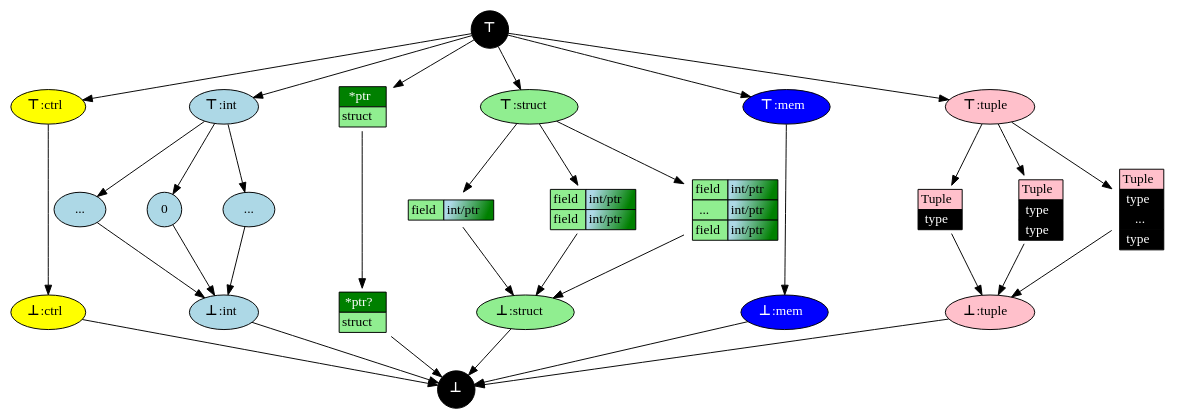
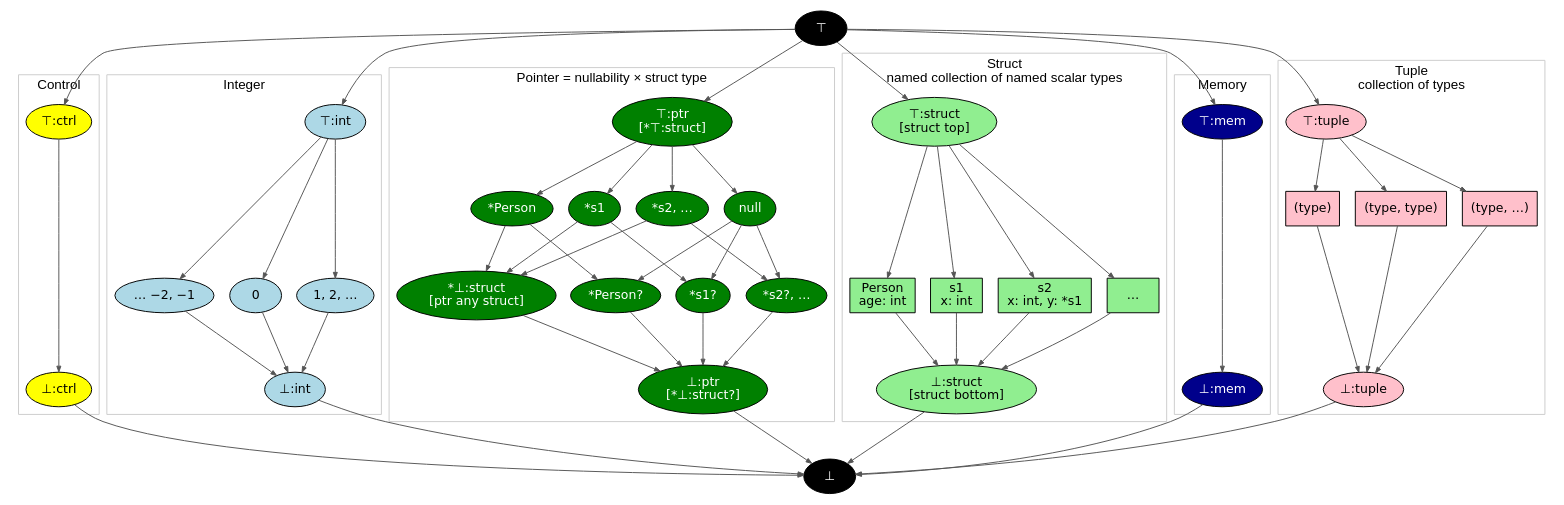
The diagram in chapter10a/docs/lattice.gv (SeaOfNodes/Simple), drawn with Graphviz before and after one commit. The commit also changed 28 other files, not shown here.

```diff
--- a/chapter10a/docs/lattice.gv
+++ b/chapter10a/docs/lattice.gv
@@ -1,151 +1,108 @@
 digraph Lattice {
-    compound = true;
-    // Define nodes
-    splines=false;
-    node [shape=circle, style=filled];
-    nodesep=0.6;
+    rankdir=TB;
+    newrank=true;
+    // Preserve the same-rank ordering edges through cluster layout.
+    remincross=false;
+    nodesep=0.22;
+    ranksep=0.65;
+    node [shape=ellipse, style=filled, fontname="DejaVu Sans", fontsize=13];
+    edge [color="#555555", arrowsize=0.6];
 
-    TOP [label=<<B>⊤</B >>, fillcolor=black, fontcolor=white];
-    BOT [label=<<B>⊥</B>>, fillcolor=black, fontcolor=white];
+    // These arrows are lattice-order edges, not use/definition edges.
+    TOP [label="⊤", fillcolor=black, fontcolor=white];
+    BOT [label="⊥", fillcolor=black, fontcolor=white];
 
-    // ----------------------
-    // Control
-    XCTRL [label=<<B>⊤</B >:ctrl>, fillcolor=yellow, shape=oval];
-    CTRL  [label=<<B>⊥</B>:ctrl>, fillcolor=yellow, shape=oval];
+    subgraph cluster_control {
+        label="Control"; fontname="Arial"; color="#cccccc";
+        node [fillcolor="#ffff00"];
+        XCTRL [label="⊤:ctrl"];
+        CTRL [label="⊥:ctrl"];
+        XCTRL -> CTRL;
+    }
 
-    TOP   -> XCTRL;
-    XCTRL -> CTRL;
-    CTRL  -> BOT;
+    subgraph cluster_integer {
+        label="Integer"; fontname="Arial"; color="#cccccc";
+        node [fillcolor="#add8e6"];
+        INT_TOP [label="⊤:int"];
+        INT_BOT [label="⊥:int"];
+        INT_NEG [label="… −2, −1"];
+        INT_ZERO [label="0"];
+        INT_POS [label="1, 2, …"];
+        {rank=same; INT_NEG; INT_ZERO; INT_POS;}
+        INT_NEG -> INT_ZERO -> INT_POS [style=invis];
+        INT_TOP -> {INT_NEG INT_ZERO INT_POS};
+        {INT_NEG INT_ZERO INT_POS} -> INT_BOT;
+    }
 
-    // ----------------------
-    // Integers
-    INT_TOP [label=<<B>⊤</B >:int>, fillcolor=lightblue, shape=oval];
-    INT_BOT [label=<<B>⊥</B>:int>, fillcolor=lightblue, shape=oval];
+    subgraph cluster_pointer {
+        label="Pointer = nullability × struct type";
+        fontname="Arial"; color="#cccccc";
+        node [fillcolor="#008000", fontcolor=white];
+        PTR_TOP [label="⊤:ptr\n[*⊤:struct]"];
+        PTR_BOT [label="⊥:ptr\n[*⊥:struct?]"];
+        PTR_NULL [label="null"];
+        PTR_ANY [label="*⊥:struct\n[ptr any struct]"];
+        PTR_PERSON [label="*Person"];
+        PTR_S1 [label="*s1"];
+        PTR_MORE [label="*s2, …"];
+        PTR_PERSON_NIL [label="*Person?"];
+        PTR_S1_NIL [label="*s1?"];
+        PTR_MORE_NIL [label="*s2?, …"];
+        {rank=same; PTR_PERSON; PTR_S1; PTR_MORE; PTR_NULL;}
+        {rank=same; PTR_ANY; PTR_PERSON_NIL; PTR_S1_NIL; PTR_MORE_NIL;}
+        PTR_PERSON -> PTR_S1 -> PTR_MORE -> PTR_NULL [style=invis];
+        PTR_ANY -> PTR_PERSON_NIL -> PTR_S1_NIL -> PTR_MORE_NIL [style=invis];
+        PTR_TOP -> {PTR_PERSON PTR_S1 PTR_MORE PTR_NULL};
+        {PTR_PERSON PTR_S1 PTR_MORE} -> PTR_ANY;
+        PTR_PERSON -> PTR_PERSON_NIL;
+        PTR_S1 -> PTR_S1_NIL;
+        PTR_MORE -> PTR_MORE_NIL;
+        PTR_NULL -> {PTR_PERSON_NIL PTR_S1_NIL PTR_MORE_NIL};
+        {PTR_ANY PTR_PERSON_NIL PTR_S1_NIL PTR_MORE_NIL} -> PTR_BOT;
+    }
 
-    INT_MINDOTS [label="...", fillcolor=lightblue, shape=oval];
-    INT_ZERO    [label="0"  , fillcolor=lightblue];
-    INT_MAXDOTS [label="...", fillcolor=lightblue, shape=oval];
+    subgraph cluster_struct {
+        label="Struct\nnamed collection of named scalar types";
+        fontname="Arial"; color="#cccccc";
+        node [fillcolor="#90ee90"];
+        STRUCT_TOP [label="⊤:struct\n[struct top]"];
+        STRUCT_BOT [label="⊥:struct\n[struct bottom]"];
+        STRUCT_PERSON [label="Person\nage: int", shape=box];
+        STRUCT_S1 [label="s1\nx: int", shape=box];
+        STRUCT_S2 [label="s2\nx: int, y: *s1", shape=box];
+        STRUCT_MORE [label="…", shape=box];
+        {rank=same; STRUCT_PERSON; STRUCT_S1; STRUCT_S2; STRUCT_MORE;}
+        STRUCT_PERSON -> STRUCT_S1 -> STRUCT_S2 -> STRUCT_MORE [style=invis];
+        STRUCT_TOP -> {STRUCT_PERSON STRUCT_S1 STRUCT_S2 STRUCT_MORE};
+        {STRUCT_PERSON STRUCT_S1 STRUCT_S2 STRUCT_MORE} -> STRUCT_BOT;
+    }
 
-    TOP         -> INT_TOP;
-    INT_TOP     -> INT_MINDOTS;
-    INT_TOP     -> INT_ZERO;
-    INT_TOP     -> INT_MAXDOTS;
-    INT_MINDOTS -> INT_BOT;
-    INT_ZERO    -> INT_BOT;
-    INT_MAXDOTS -> INT_BOT;
-    INT_BOT     -> BOT;
+    subgraph cluster_memory {
+        label="Memory"; fontname="Arial"; color="#cccccc";
+        node [fillcolor="#00008b", fontcolor=white];
+        MEM_TOP [label="⊤:mem"];
+        MEM_BOT [label="⊥:mem"];
+        MEM_TOP -> MEM_BOT;
+    }
 
-    INT_MINDOTS -> INT_ZERO -> INT_MAXDOTS [style=invis];
+    subgraph cluster_tuple {
+        label="Tuple\ncollection of types";
+        fontname="Arial"; color="#cccccc";
+        node [fillcolor="#ffc0cb"];
+        TUPLE_TOP [label="⊤:tuple"];
+        TUPLE_BOT [label="⊥:tuple"];
+        TUPLE1 [label="(type)", shape=box];
+        TUPLE2 [label="(type, type)", shape=box];
+        TUPLEN [label="(type, …)", shape=box];
+        {rank=same; TUPLE1; TUPLE2; TUPLEN;}
+        TUPLE1 -> TUPLE2 -> TUPLEN [style=invis];
+        TUPLE_TOP -> {TUPLE1 TUPLE2 TUPLEN};
+        {TUPLE1 TUPLE2 TUPLEN} -> TUPLE_BOT;
+    }
 
-    // ----------------------
-    // Pointers, just a boolean nil/not and a struct
-    PTR  [shape=none, fillcolor=none, label=<
-      <TABLE BORDER="0" CELLBORDER="1" CELLSPACING="0">
-        <TR><TD BGCOLOR="green"><FONT color="white">*ptr</FONT></TD></TR>
-        <TR><TD BGCOLOR="lightgreen">struct</TD></TR>
-      </TABLE>
-    >];
-    PTR0  [shape=none, fillcolor=none, label=<
-      <TABLE BORDER="0" CELLBORDER="1" CELLSPACING="0">
-        <TR><TD BGCOLOR="green"><FONT color="white">*ptr?</FONT></TD></TR>
-        <TR><TD BGCOLOR="lightgreen">struct</TD></TR>
-      </TABLE>
-    >];
-
-    TOP  -> PTR;
-    PTR  -> PTR0;
-    PTR0 -> BOT;
-
-    // ----------------------
-    // Structs
-    STRUCT_TOP    [label=<<B>⊤</B >:struct>, fillcolor=lightgreen, shape=oval];
-    STRUCT_BOT    [label=<<B>⊥</B>:struct>, fillcolor=lightgreen, shape=oval];
-
-    STRUCT_S1  [shape=none, fillcolor=none, label=<
-      <TABLE BORDER="0" CELLBORDER="1" CELLSPACING="0">
-        <TR><TD BGCOLOR="lightgreen">field</TD><TD BGCOLOR="lightblue:green" gradientangle="315">int/ptr</TD></TR>
-      </TABLE>
-    >];
-    STRUCT_S2  [shape=none, fillcolor=none, label=<
-      <TABLE BORDER="0" CELLBORDER="1" CELLSPACING="0">
-        <TR><TD BGCOLOR="lightgreen">field</TD><TD BGCOLOR="lightblue:green" gradientangle="315">int/ptr</TD></TR>
-        <TR><TD BGCOLOR="lightgreen">field</TD><TD BGCOLOR="lightblue:green" gradientangle="315">int/ptr</TD></TR>
-      </TABLE>
-    >];
-    STRUCT_SN  [shape=none, fillcolor=none, label=<
-      <TABLE BORDER="0" CELLBORDER="1" CELLSPACING="0">
-        <TR><TD BGCOLOR="lightgreen">field</TD><TD BGCOLOR="lightblue:green" gradientangle="315">int/ptr</TD></TR>
-        <TR><TD BGCOLOR="lightgreen">...  </TD><TD BGCOLOR="lightblue:green" gradientangle="315">int/ptr</TD></TR>
-        <TR><TD BGCOLOR="lightgreen">field</TD><TD BGCOLOR="lightblue:green" gradientangle="315">int/ptr</TD></TR>
-      </TABLE>
-    >];
-
-
-    TOP          -> STRUCT_TOP;
-    STRUCT_TOP   -> STRUCT_S1;
-    STRUCT_TOP   -> STRUCT_S2;
-    STRUCT_TOP   -> STRUCT_SN;
-    STRUCT_S1    -> STRUCT_BOT;
-    STRUCT_S2    -> STRUCT_BOT;
-    STRUCT_SN    -> STRUCT_BOT;
-    STRUCT_BOT   -> BOT;
-
-    STRUCT_S1 -> STRUCT_S2 -> STRUCT_SN [style=invis];
-
-    // ----------------------
-    // Memory
-    MEM_TOP       [label=<<B>⊤</B >:mem>, fillcolor=blue, fontcolor=white, shape=oval];
-    MEM_BOT       [label=<<B>⊥</B>:mem>, fillcolor=blue, fontcolor=white, shape=oval];
-
-    TOP          -> MEM_TOP;
-    MEM_TOP      -> MEM_BOT;
-    MEM_BOT       -> BOT;
-
-
-    // ----------------------
-    // Tuples
-
-    TUPLE_TOP [label=<<B>⊤</B >:tuple>, fillcolor=pink, shape=oval];
-    TUPLE_BOT [label=<<B>⊥</B>:tuple>, fillcolor=pink, shape=oval];
-
-    TUPLE1 [shape=none, fillcolor=none, label=<
-      <TABLE BORDER="0" CELLBORDER="1" CELLSPACING="0">
-        <TR><TD BGCOLOR="pink">Tuple</TD></TR>
-        <TR><TD BGCOLOR="black" ><FONT color="white">type</FONT></TD></TR>
-      </TABLE>
-    >];
-    TUPLE2 [shape=none, fillcolor=none, label=<
-      <TABLE BORDER="0" CELLBORDER="1" CELLSPACING="0">
-        <TR><TD BGCOLOR="pink">Tuple</TD></TR>
-        <TR><TD BGCOLOR="black" ><FONT color="white">type</FONT></TD></TR>
-        <TR><TD BGCOLOR="black" ><FONT color="white">type</FONT></TD></TR>
-      </TABLE>
-    >];
-    TUPLEN [shape=none, fillcolor=none, label=<
-      <TABLE BORDER="0" CELLBORDER="1" CELLSPACING="0">
-        <TR><TD BGCOLOR="pink">Tuple</TD></TR>
-        <TR><TD BGCOLOR="black" ><FONT color="white">type</FONT></TD></TR>
-        <TR><TD BGCOLOR="black" ><FONT color="white">...</FONT></TD></TR>
-        <TR><TD BGCOLOR="black" ><FONT color="white">type</FONT></TD></TR>
-      </TABLE>
-    >];
-
-
-    TOP -> TUPLE_TOP;
-    TUPLE_TOP -> TUPLE1;
-    TUPLE_TOP -> TUPLE2;
-    TUPLE_TOP -> TUPLEN;
-    TUPLE1 -> TUPLE_BOT;
-    TUPLE2 -> TUPLE_BOT;
-    TUPLEN -> TUPLE_BOT;
-    TUPLE_BOT -> BOT;
-
-    // ----------------------
-    // Additional customization
-    {rank=same; TOP;}
-    {rank=same; INT_TOP; XCTRL; STRUCT_TOP; MEM_TOP; TUPLE_TOP}
-    {rank=same; INT_MINDOTS; INT_ZERO; INT_MAXDOTS;
-                STRUCT_S1; STRUCT_S2; STRUCT_SN;}
-    {rank=same; INT_BOT; CTRL; STRUCT_BOT; MEM_BOT; TUPLE_BOT}
-    {rank=same; BOT;}
+    TOP -> {XCTRL INT_TOP PTR_TOP STRUCT_TOP MEM_TOP TUPLE_TOP};
+    {CTRL INT_BOT PTR_BOT STRUCT_BOT MEM_BOT TUPLE_BOT} -> BOT;
+    {rank=same; XCTRL; INT_TOP; PTR_TOP; STRUCT_TOP; MEM_TOP; TUPLE_TOP;}
+    {rank=same; CTRL; INT_BOT; PTR_BOT; STRUCT_BOT; MEM_BOT; TUPLE_BOT;}
+    XCTRL -> INT_TOP -> PTR_TOP -> STRUCT_TOP -> MEM_TOP -> TUPLE_TOP [style=invis];
 }
```
